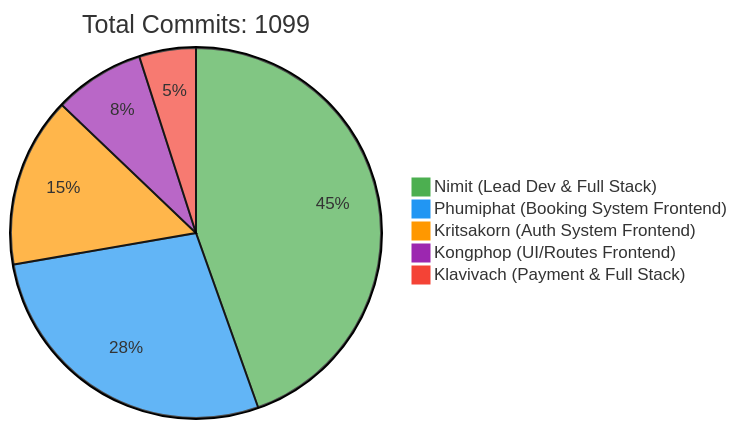
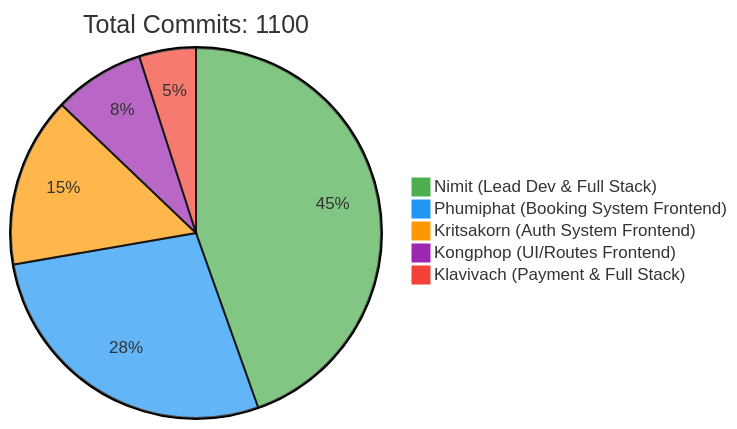
Before and after one commit to 6531503042/Sport-Complex: the first of 2 diagrams in README.md, drawn with Mermaid. The commit also changed other lines of this file, not shown here.

Commit message:
docs: Update contributor statistics [skip ci]

````diff
--- a/README.md
+++ b/README.md
@@ -257,10 +257,10 @@
 ```mermaid
 %%{init: {'theme': 'base', 'themeVariables': { 'pie1': '#4CAF50', 'pie2': '#2196F3', 'pie3': '#FF9800', 'pie4': '#9C27B0', 'pie5': '#F44336'}}}%%
 pie
-    title Total Commits: 1099
+    title Total Commits: 1100
     "Nimit (Lead Dev & Full Stack)" : 450
     "Phumiphat (Booking System Frontend)" : 280
     "Kritsakorn (Auth System Frontend)" : 150
     "Kongphop (UI/Routes Frontend)" : 80
     "Klavivach (Payment & Full Stack)" : 50
 ```
````
